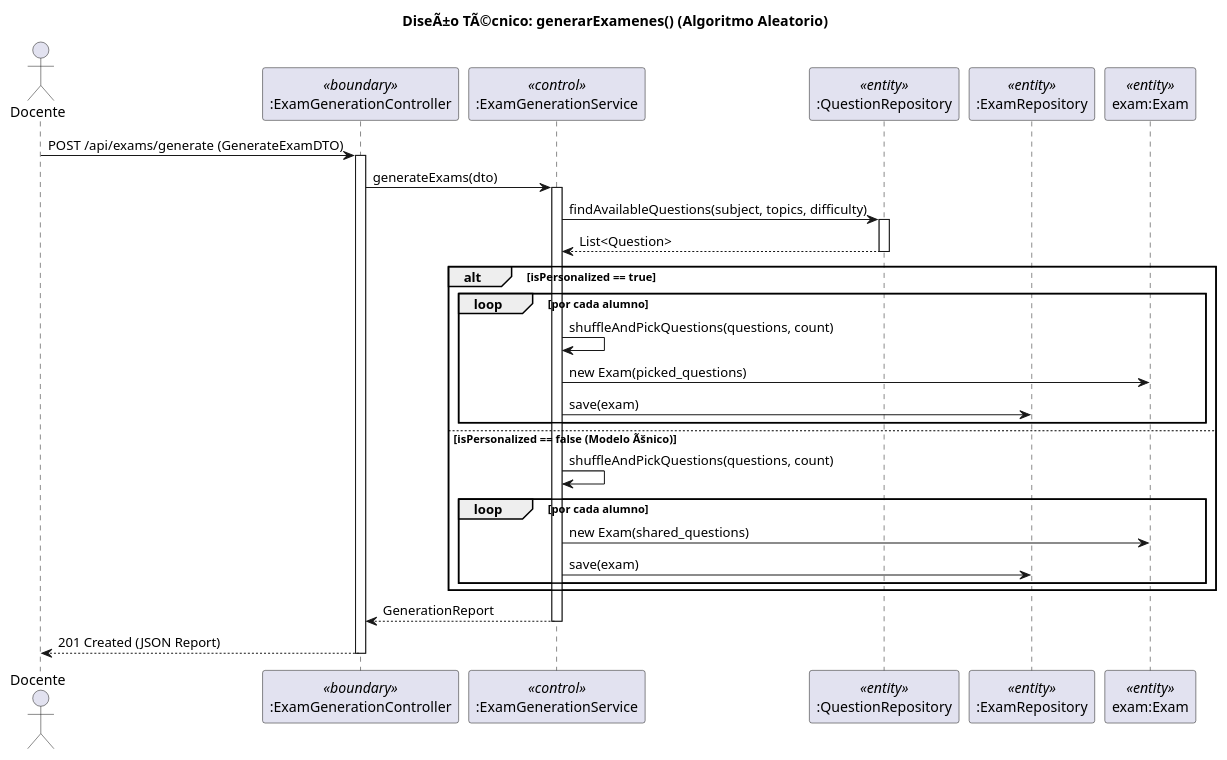
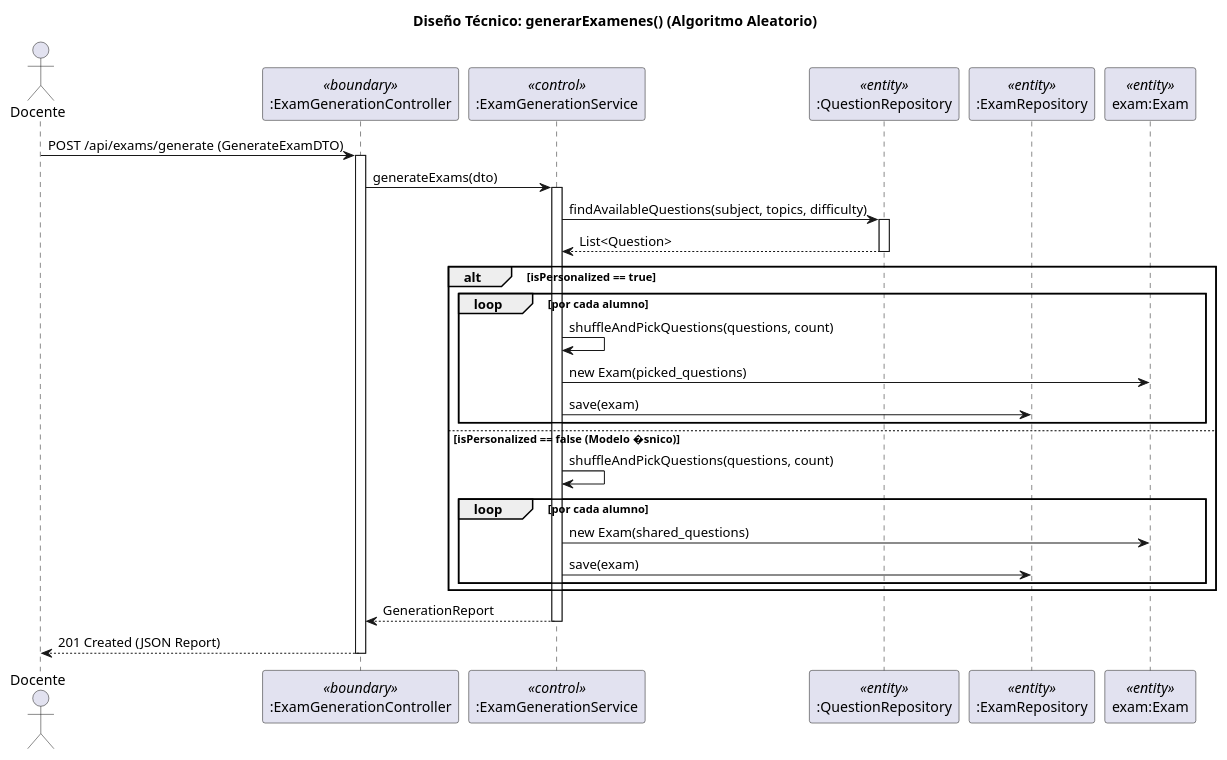
Before and after one commit to liamanderson873/25-26-idsw2-sdVC: the second of 2 diagrams in RUP/01-analisis/casos-uso/CU-02-generarExamenes/README.md, drawn with PlantUML. The commit also changed other lines of this file and 41 other files, not shown here.

````diff
--- a/RUP/01-analisis/casos-uso/CU-02-generarExamenes/README.md
+++ b/RUP/01-analisis/casos-uso/CU-02-generarExamenes/README.md
@@ -101,46 +101,46 @@
 ```plantuml
 @startuml CU-02-generarExamenes-diseno
 
 skinparam linetype polyline
 
 actor "Docente" as Actor
 participant ":ExamGenerationController" as Controller <<boundary>>
 participant ":ExamGenerationService" as Service <<control>>
 participant ":QuestionRepository" as QRepo <<entity>>
 participant ":ExamRepository" as ERepo <<entity>>
 participant "exam:Exam" as Entity <<entity>>
 
-title DiseÃ±o TÃ©cnico: generarExamenes() (Algoritmo Aleatorio)
+title Diseño Técnico: generarExamenes() (Algoritmo Aleatorio)
 
 Actor -> Controller : POST /api/exams/generate (GenerateExamDTO)
 activate Controller
 
 Controller -> Service : generateExams(dto)
 activate Service
 
 Service -> QRepo : findAvailableQuestions(subject, topics, difficulty)
 activate QRepo
 return List<Question>
 
 alt isPersonalized == true
     loop por cada alumno
         Service -> Service : shuffleAndPickQuestions(questions, count)
         Service -> Entity : new Exam(picked_questions)
         Service -> ERepo : save(exam)
     end
-else isPersonalized == false (Modelo Ãšnico)
+else isPersonalized == false (Modelo �snico)
     Service -> Service : shuffleAndPickQuestions(questions, count)
     loop por cada alumno
         Service -> Entity : new Exam(shared_questions)
         Service -> ERepo : save(exam)
     end
 end
 
 Service --> Controller : GenerationReport
 deactivate Service
 
 Controller --> Actor : 201 Created (JSON Report)
 deactivate Controller
 
 @enduml
 ```
````
